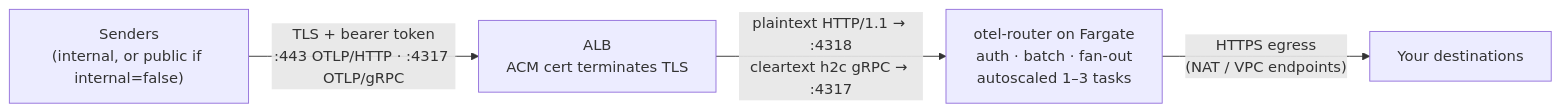
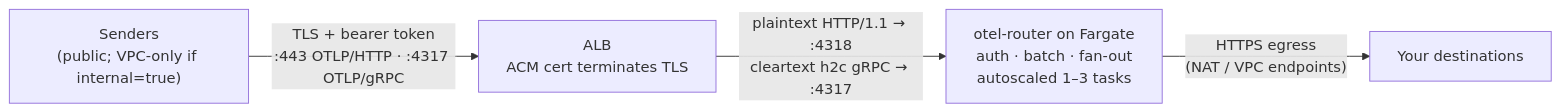
One commit to edmerrett/otel-router changed the diagram in terraform/modules/private-alb/README.md. Above: the diagram before and after it, drawn with Mermaid. The commit also changed other lines of this file and 5 other files, not shown here.

````diff
--- a/terraform/modules/private-alb/README.md
+++ b/terraform/modules/private-alb/README.md
@@ -26,6 +25,6 @@
 ```mermaid
 flowchart LR
-    S["Senders<br/>(internal, or public if internal=false)"] -- "TLS + bearer token<br/>:443 OTLP/HTTP · :4317 OTLP/gRPC" --> A["ALB<br/>ACM cert terminates TLS"]
+    S["Senders<br/>(public; VPC-only if internal=true)"] -- "TLS + bearer token<br/>:443 OTLP/HTTP · :4317 OTLP/gRPC" --> A["ALB<br/>ACM cert terminates TLS"]
     A -- "plaintext HTTP/1.1 → :4318<br/>cleartext h2c gRPC → :4317" --> T["otel-router on Fargate<br/>auth · batch · fan-out<br/>autoscaled 1–3 tasks"]
     T -- "HTTPS egress<br/>(NAT / VPC endpoints)" --> D["Your destinations"]
 ```
````
